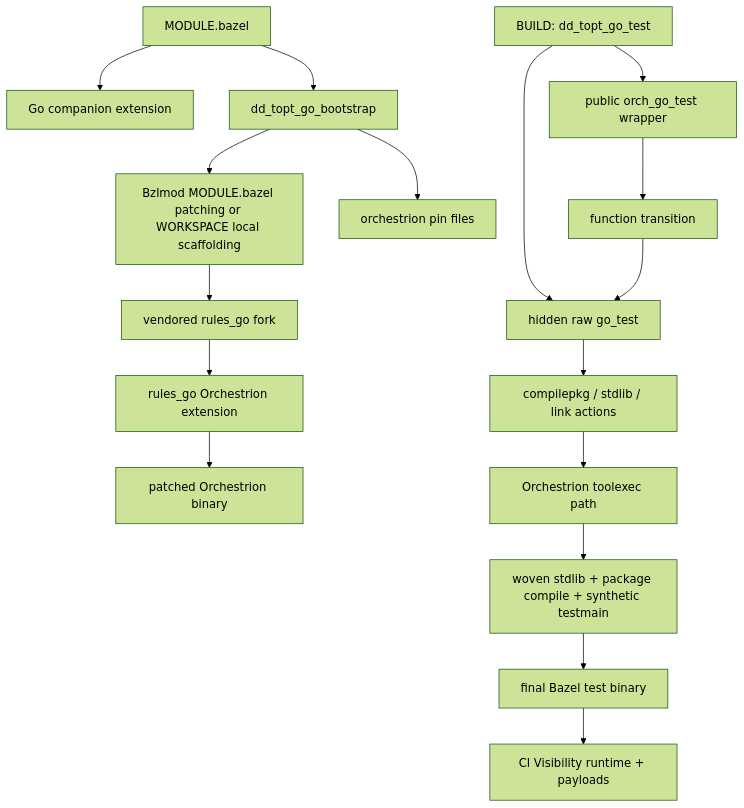
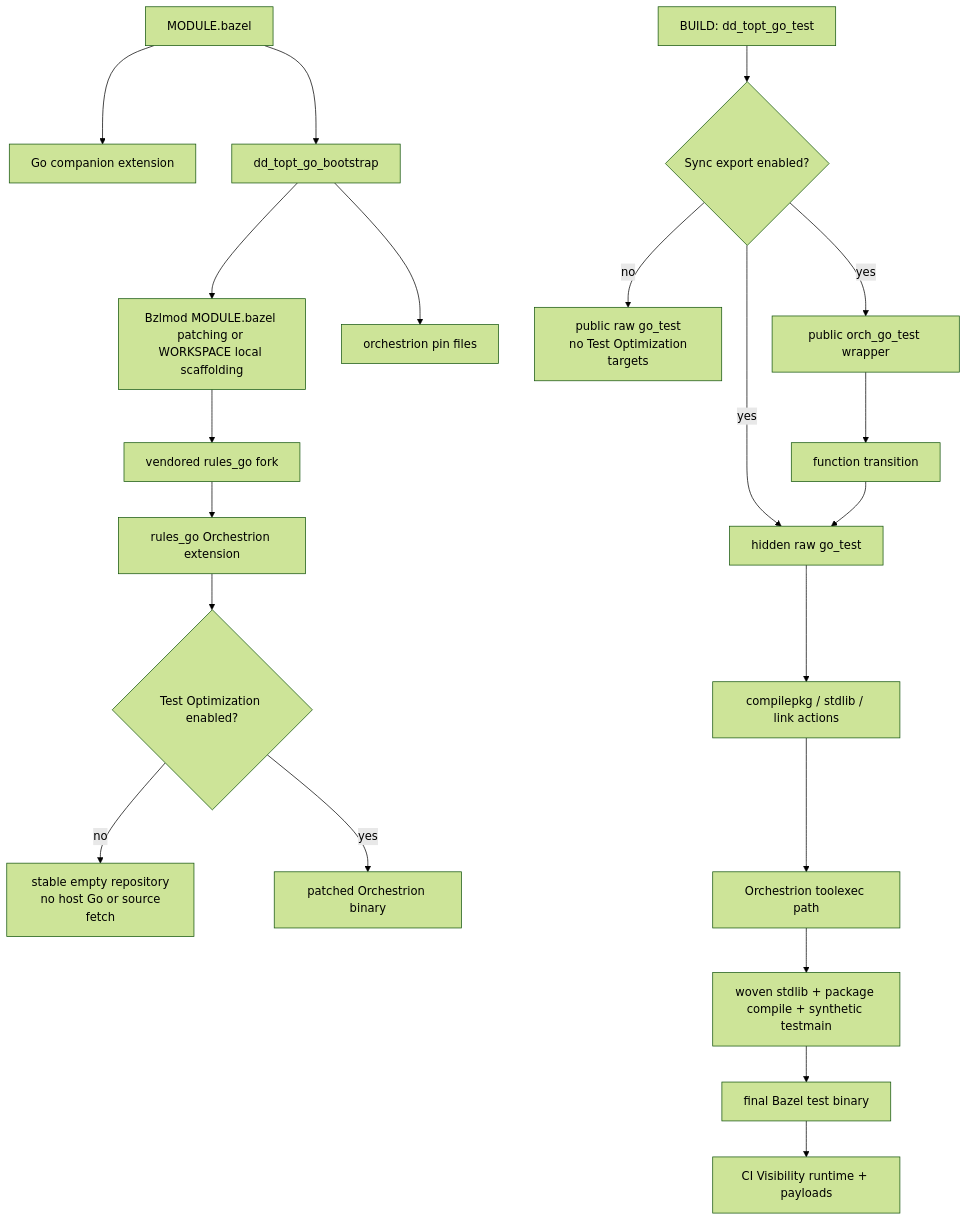
One commit to DataDog/rules_test_optimization changed the first of 3 diagrams in docs/go_orchestrion_bazel_deep_dive.md. Above: the diagram before and after it, drawn with Mermaid (forest theme). The commit also changed other lines of this file and 5 other files, not shown here.

````diff
--- a/docs/go_orchestrion_bazel_deep_dive.md
+++ b/docs/go_orchestrion_bazel_deep_dive.md
@@ -110,21 +112,25 @@
 ```mermaid
 flowchart TD
     A[MODULE.bazel] --> B[Go companion extension]
     A --> C[dd_topt_go_bootstrap]
     C --> D[Bzlmod MODULE.bazel patching or WORKSPACE local scaffolding]
     C --> E[orchestrion pin files]
     D --> F[vendored rules_go fork]
     F --> G[rules_go Orchestrion extension]
-    G --> H[patched Orchestrion binary]
+    G --> U{Test Optimization enabled?}
+    U -->|no| V[stable empty repository\n no host Go or source fetch]
+    U -->|yes| H[patched Orchestrion binary]
 
-    I[BUILD: dd_topt_go_test] --> J[hidden raw go_test]
-    I --> K[public orch_go_test wrapper]
+    I[BUILD: dd_topt_go_test] --> R{Sync export enabled?}
+    R -->|no| S[public raw go_test\n no Test Optimization targets]
+    R -->|yes| J[hidden raw go_test]
+    R -->|yes| K[public orch_go_test wrapper]
     K --> L[function transition]
     L --> J
 
     J --> M[compilepkg / stdlib / link actions]
     M --> N[Orchestrion toolexec path]
     N --> O[woven stdlib + package compile + synthetic testmain]
     O --> P[final Bazel test binary]
     P --> Q[CI Visibility runtime + payloads]
 ```
````
